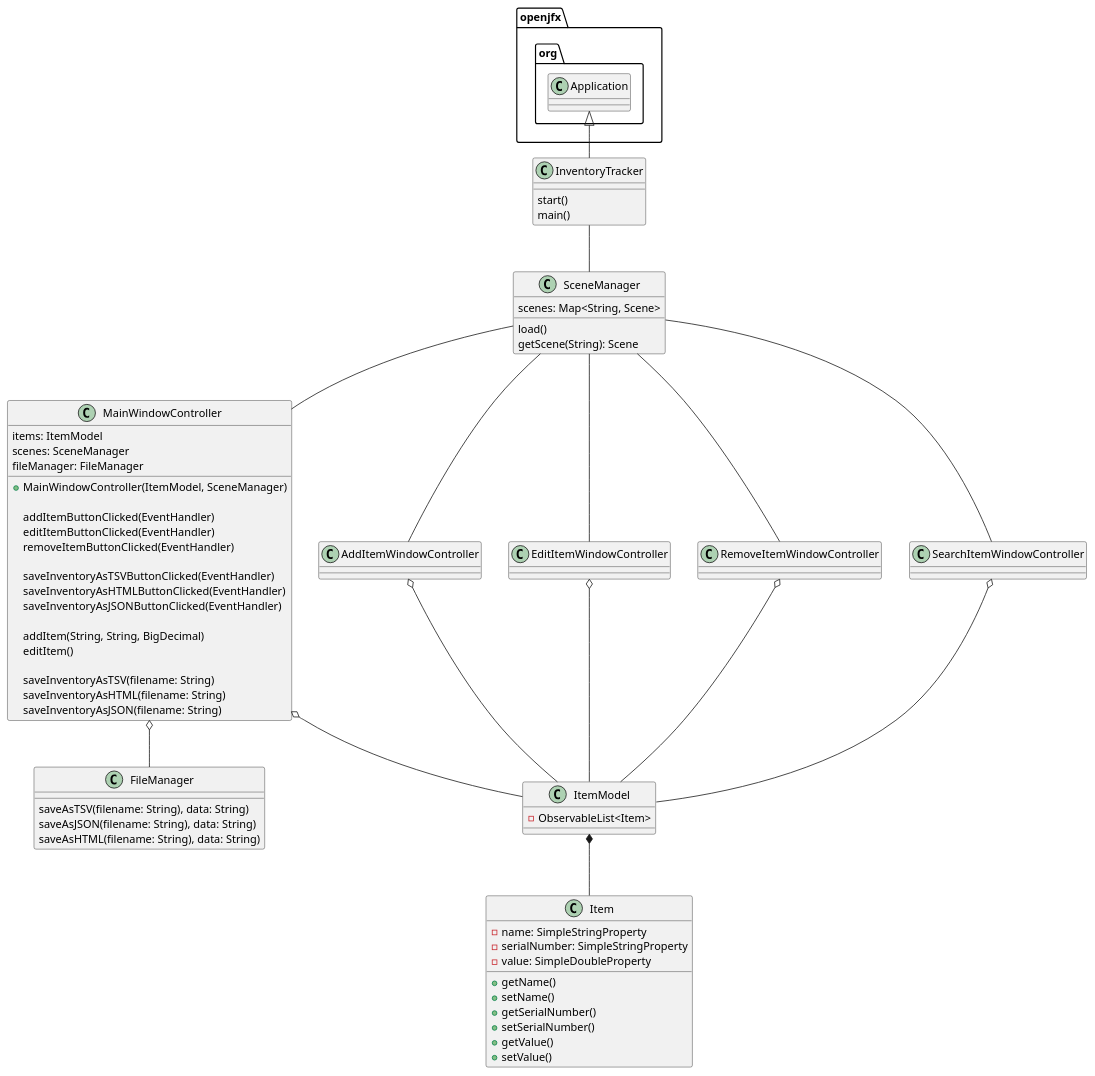
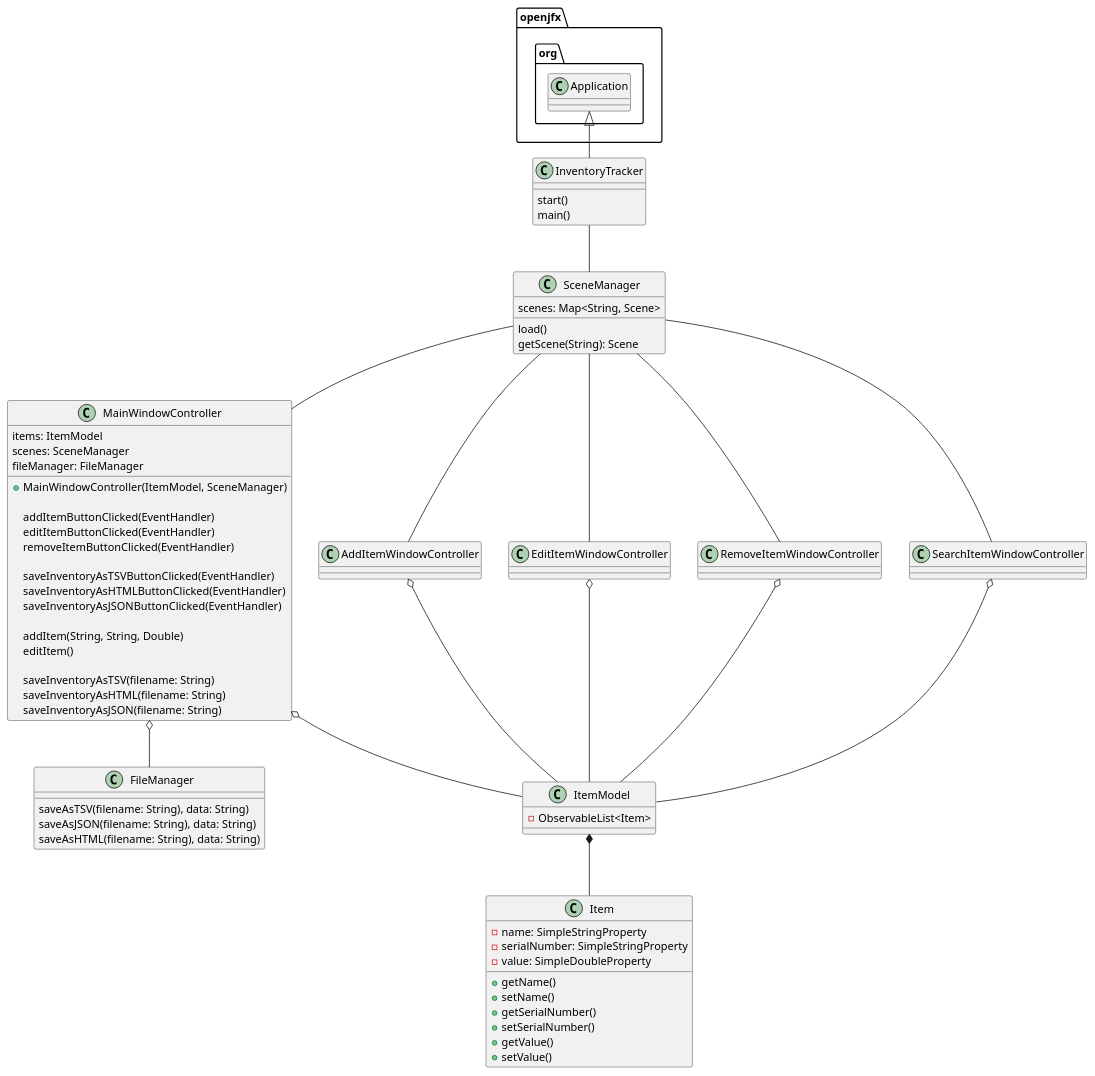
The diagram in uml/as5.puml (mredelis/COP3330-OOP-AS5-Summer21), drawn with PlantUML before and after one commit. The commit also changed 4 other files, not shown here.

```diff
--- a/uml/as5.puml
+++ b/uml/as5.puml
@@ -1,92 +1,92 @@
 @startuml
 
 class InventoryTracker {
     start()
     main()
 }
 
 class SceneManager {
     scenes: Map<String, Scene>
 
     load()
     getScene(String): Scene
 }
 
 class MainWindowController {
     items: ItemModel
     scenes: SceneManager
     fileManager: FileManager
 
     + MainWindowController(ItemModel, SceneManager)
 
     addItemButtonClicked(EventHandler)
     editItemButtonClicked(EventHandler)
     removeItemButtonClicked(EventHandler)
 
     saveInventoryAsTSVButtonClicked(EventHandler)
     saveInventoryAsHTMLButtonClicked(EventHandler)
     saveInventoryAsJSONButtonClicked(EventHandler)
 
-    addItem(String, String, BigDecimal)
+    addItem(String, String, Double)
     editItem()
 
     saveInventoryAsTSV(filename: String)
     saveInventoryAsHTML(filename: String)
     saveInventoryAsJSON(filename: String)
 }
 
 class FileManager {
     saveAsTSV(filename: String), data: String)
     saveAsJSON(filename: String), data: String)
     saveAsHTML(filename: String), data: String)
 }
 
 class AddItemWindowController {
 }
 
 class EditItemWindowController {
 }
 
 class RemoveItemWindowController {
 }
 
 class SearchItemWindowController {
 }
 
 class ItemModel {
     - ObservableList<Item>
 
     /' ObservableList is not serializable
        Copying everything over a normal list
        Use Gson on that normal list '/
 }
 
 class Item {
     - name: SimpleStringProperty
     - serialNumber: SimpleStringProperty
     - value: SimpleDoubleProperty
 
     + getName()
     + setName()
     + getSerialNumber()
     + setSerialNumber()
     + getValue()
     + setValue()
 }
 
 openjfx.org.Application <|-- InventoryTracker
 InventoryTracker -- SceneManager
 SceneManager -- MainWindowController
 SceneManager -- AddItemWindowController
 SceneManager -- EditItemWindowController
 SceneManager -- RemoveItemWindowController
 SceneManager -- SearchItemWindowController
 MainWindowController o-- ItemModel
 AddItemWindowController o-- ItemModel
 EditItemWindowController o-- ItemModel
 RemoveItemWindowController o-- ItemModel
 SearchItemWindowController o-- ItemModel
 ItemModel *-- Item
 MainWindowController o-- FileManager
 
 @enduml
```
